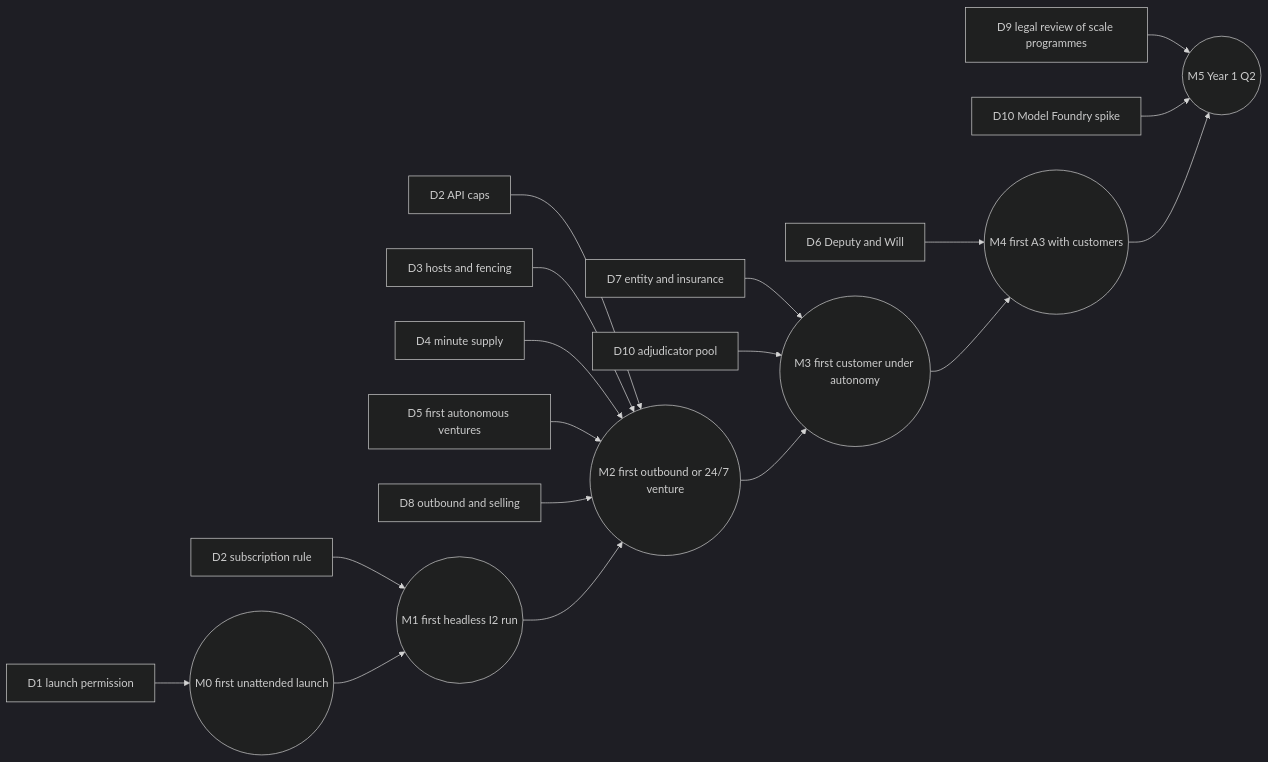
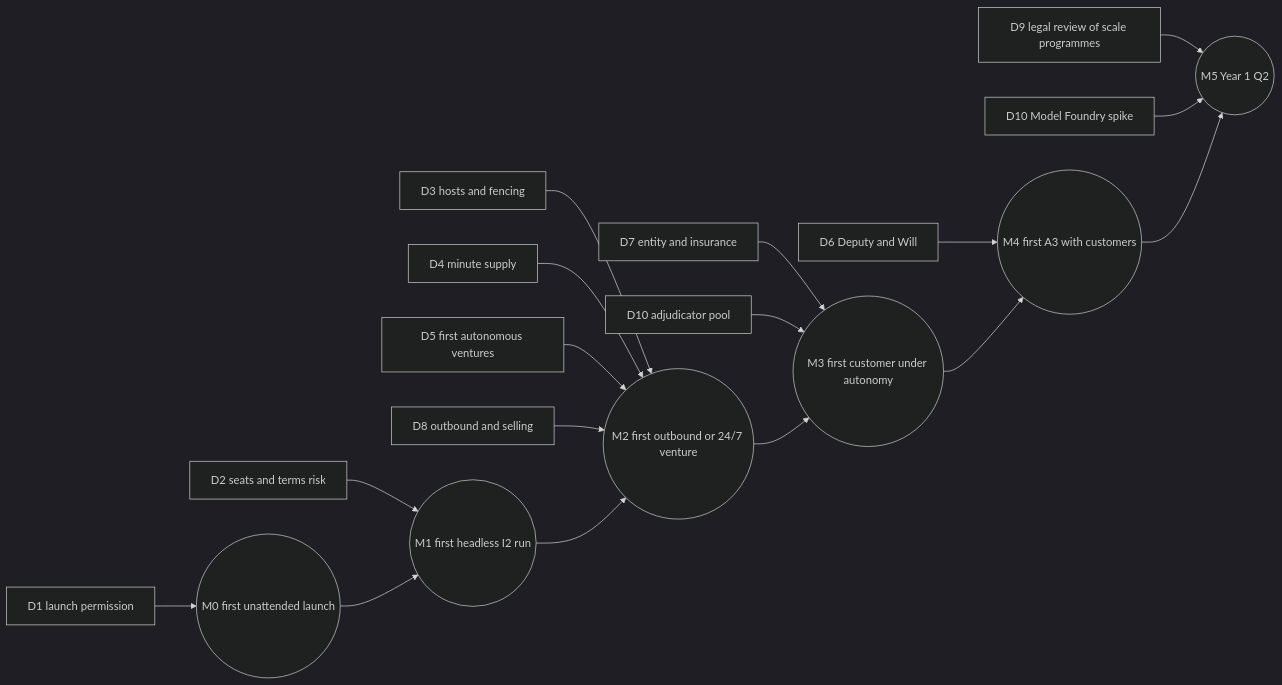
Before and after one commit to Adam077K/agentvibe: the third of 3 diagrams in docs/vision-v3/15-RISKS-AND-DECISIONS.md, drawn with Mermaid (dark theme). The commit also changed other lines of this file and 13 other files, not shown here.

````diff
--- a/docs/vision-v3/15-RISKS-AND-DECISIONS.md
+++ b/docs/vision-v3/15-RISKS-AND-DECISIONS.md
@@ -356,16 +361,15 @@
 ```mermaid
 flowchart LR
   D1[D1 launch permission] --> M0((M0 first unattended launch))
-  D2a[D2 subscription rule] --> M1((M1 first headless I2 run))
-  D2b[D2 API caps] --> M2((M2 first outbound or 24/7 venture))
-  D3[D3 hosts and fencing] --> M2
+  D2[D2 seats and terms risk] --> M1((M1 first headless I2 run))
+  D3[D3 hosts and fencing] --> M2((M2 first outbound or 24/7 venture))
   D4[D4 minute supply] --> M2
   D5[D5 first autonomous ventures] --> M2
   D8[D8 outbound and selling] --> M2
   D7[D7 entity and insurance] --> M3((M3 first customer under autonomy))
   D10a[D10 adjudicator pool] --> M3
   D6[D6 Deputy and Will] --> M4((M4 first A3 with customers))
   D9[D9 legal review of scale programmes] --> M5((M5 Year 1 Q2))
   D10b[D10 Model Foundry spike] --> M5
   M0 --> M1 --> M2 --> M3 --> M4 --> M5
 ```
````
